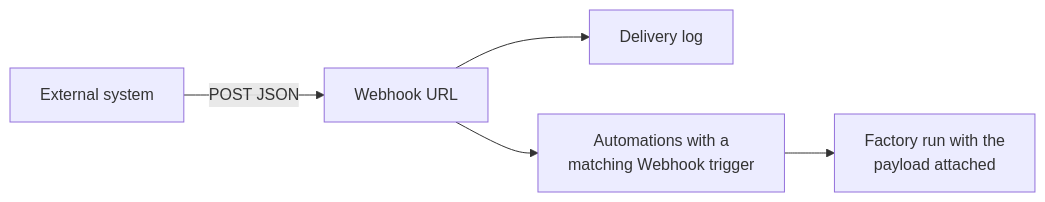
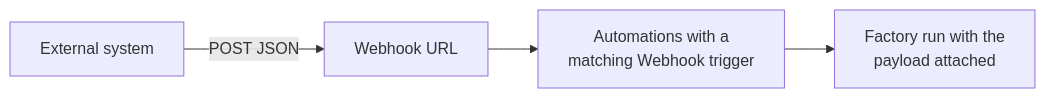
Before and after one commit to warpdotdev/docs: the diagram in src/content/docs/factories/webhooks.mdx, drawn with Mermaid. The commit also changed other lines of this file and 4 other files, not shown here.

````diff
--- a/src/content/docs/factories/webhooks.mdx
+++ b/src/content/docs/factories/webhooks.mdx
@@ -16,7 +16,6 @@
 ```mermaid
 flowchart LR
   Sender["External system"] -->|"POST JSON"| URL["Webhook URL"]
-  URL --> Log["Delivery log"]
   URL --> Match["Automations with a<br/>matching Webhook trigger"]
   Match --> Run["Factory run with the<br/>payload attached"]
 ```
````
